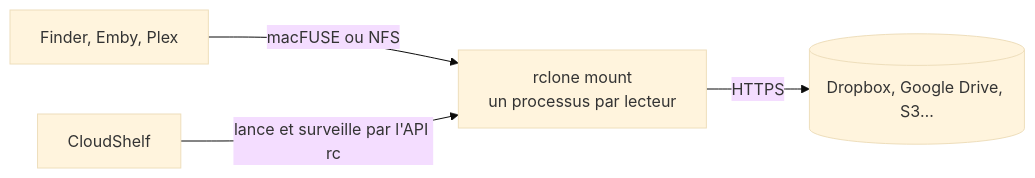
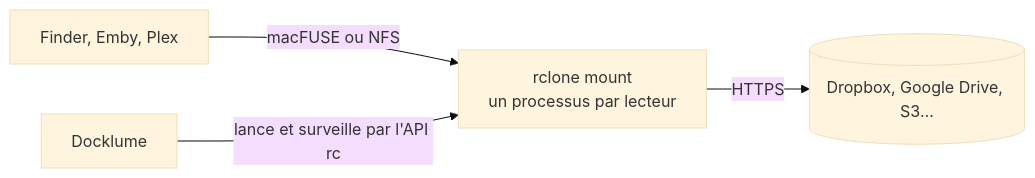
The diagram in README.md (LFR-54/CloudShelf), drawn with Mermaid (base theme) before and after one commit. The commit also changed other lines of this file and 94 other files, not shown here.

First line of the commit message:
Rename CloudShelf to Docklume

````diff
--- a/README.md
+++ b/README.md
@@ -105,6 +107,6 @@
 ```mermaid
 flowchart LR
     Finder["Finder, Emby, Plex"] -- "macFUSE ou NFS" --> Mount["rclone mount<br>un processus par lecteur"]
-    App["CloudShelf"] -- "lance et surveille par l'API rc" --> Mount
+    App["Docklume"] -- "lance et surveille par l'API rc" --> Mount
     Mount -- HTTPS --> Cloud[("Dropbox, Google Drive, S3…")]
 ```
````
